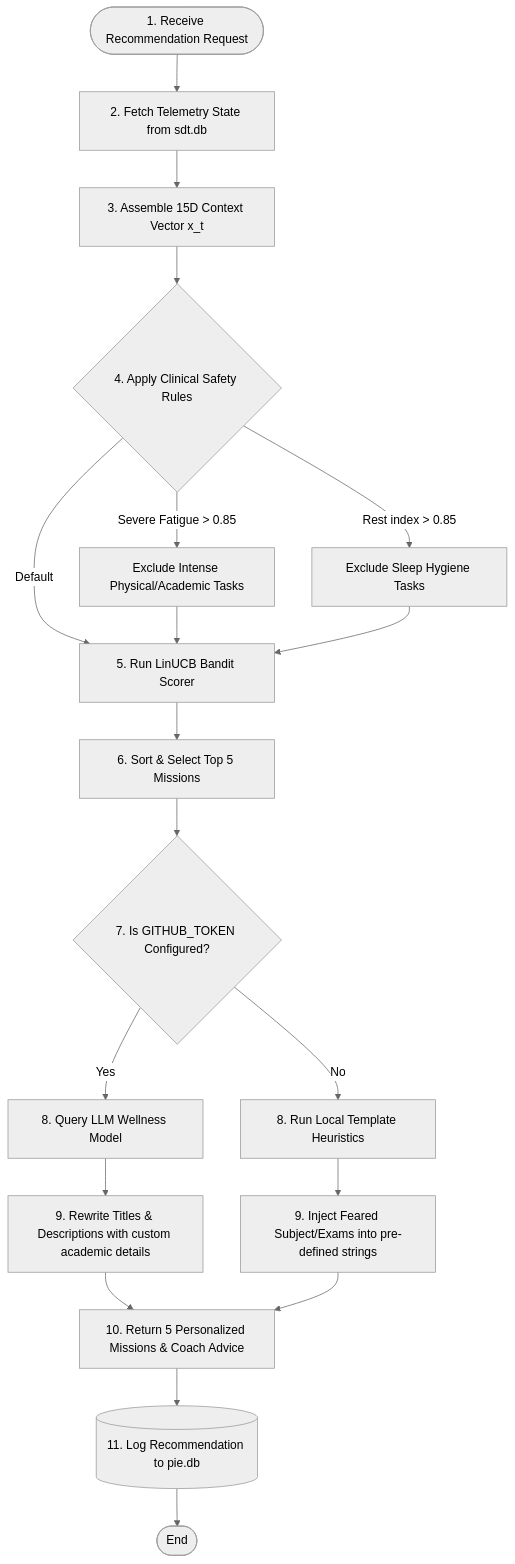
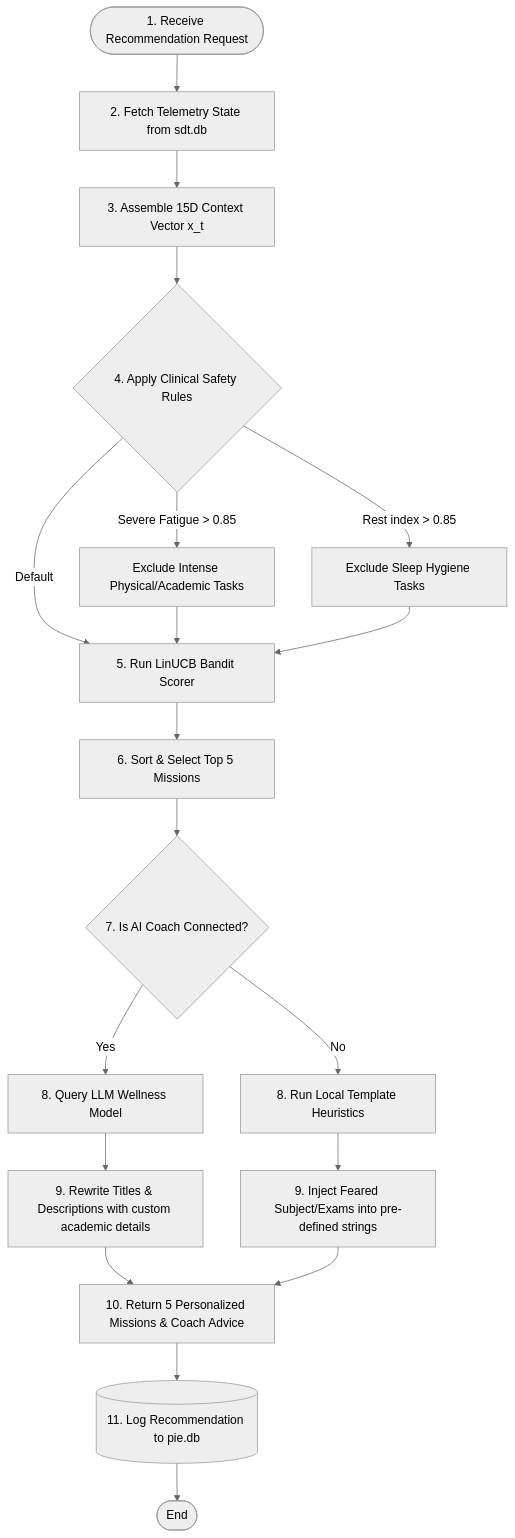
One commit to tezendrax/Personalized-Intervention-Engine--Wellmefy changed the second of 2 diagrams in README.md. Above: the diagram before and after it, drawn with Mermaid (neutral theme).

Commit message:
Update flowchart node in README.md to be human-readable

````diff
--- a/README.md
+++ b/README.md
@@ -32,27 +32,27 @@
 ```mermaid
 flowchart TD
     Start([1. Receive Recommendation Request]) --> FetchTwin[2. Fetch Telemetry State from sdt.db]
     FetchTwin --> BuildContext[3. Assemble 15D Context Vector x_t]
     BuildContext --> SafetyFilter{4. Apply Clinical Safety Rules}
     
     SafetyFilter -->|Severe Fatigue > 0.85| ExcludeHeavy[Exclude Intense Physical/Academic Tasks]
     SafetyFilter -->|Rest index > 0.85| ExcludeSleep[Exclude Sleep Hygiene Tasks]
     SafetyFilter -->|Default| Scorer[5. Run LinUCB Bandit Scorer]
     
     ExcludeHeavy --> Scorer
     ExcludeSleep --> Scorer
     
     Scorer --> SelectTop[6. Sort & Select Top 5 Missions]
-    SelectTop --> CheckLLM{7. Is GITHUB_TOKEN Configured?}
+    SelectTop --> CheckLLM{7. Is AI Coach Connected?}
     
     CheckLLM -->|Yes| LLMCall[8. Query LLM Wellness Model]
     LLMCall --> CustomizeMissions[9. Rewrite Titles & Descriptions with custom academic details]
     CustomizeMissions --> ReturnResponse[10. Return 5 Personalized Missions & Coach Advice]
     
     CheckLLM -->|No| HeuristicFallback[8. Run Local Template Heuristics]
     HeuristicFallback --> FormatTemplates[9. Inject Feared Subject/Exams into pre-defined strings]
     FormatTemplates --> ReturnResponse
     
     ReturnResponse --> LogDB[(11. Log Recommendation to pie.db)]
     LogDB --> End([End])
 ```
````
